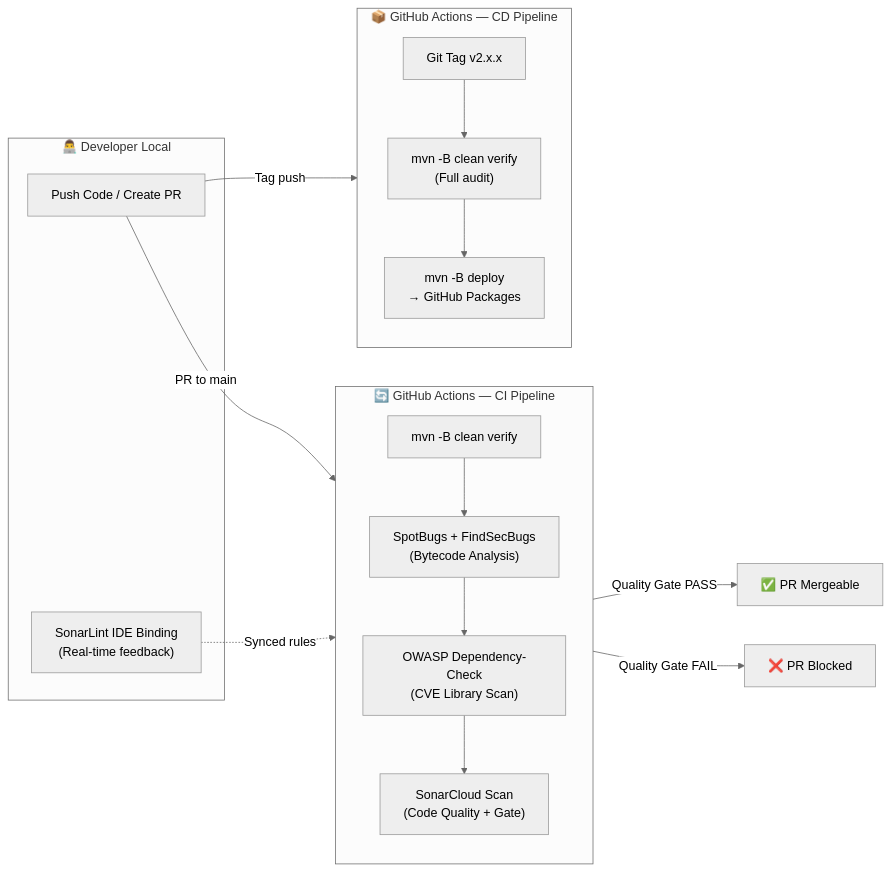
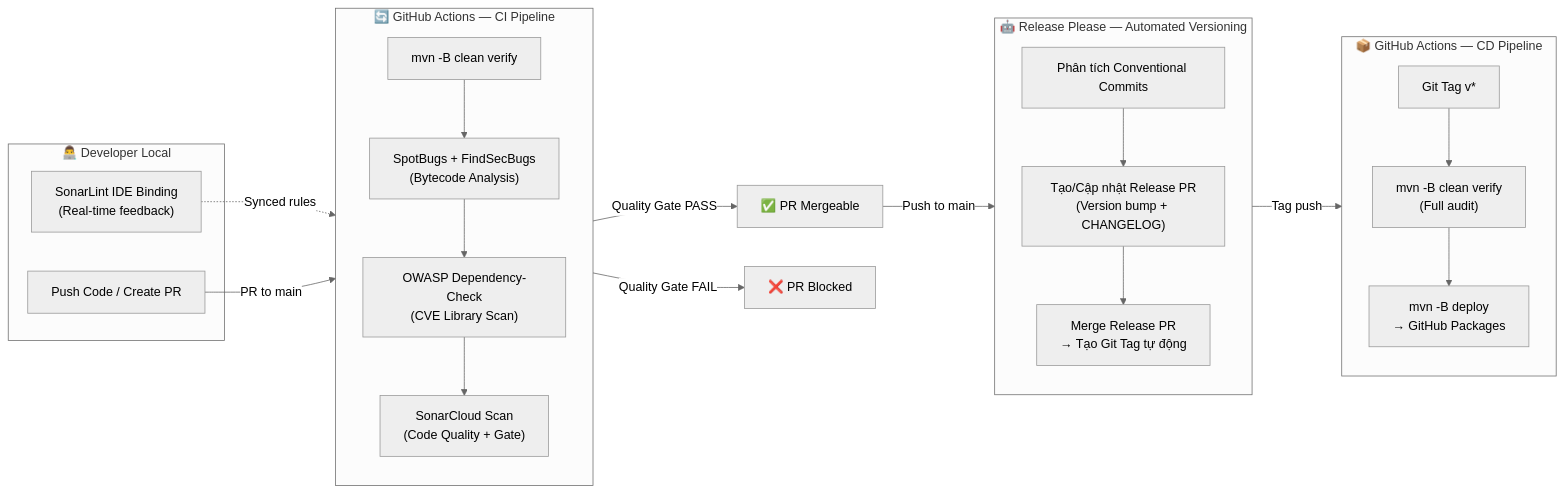
The first of 4 diagrams in document/v2-devsecops-implementation-plan.md (C0ngHung/conghung-commons), drawn with Mermaid (neutral theme) before and after one commit. The commit also changed other lines of this file and 3 other files, not shown here.

Commit message:
feat[PROJ-4]:[ci]: integrate release-please for automated versioning and changelog

````diff
--- a/document/v2-devsecops-implementation-plan.md
+++ b/document/v2-devsecops-implementation-plan.md
@@ -11,32 +11,42 @@
 ```mermaid
 flowchart LR
     subgraph Developer["👨‍💻 Developer Local"]
         Code[Push Code / Create PR]
         SonarLint["SonarLint IDE Binding\n(Real-time feedback)"]
     end
 
     subgraph CI["🔄 GitHub Actions — CI Pipeline"]
         direction TB
         Build["mvn -B clean verify"]
         SpotBugs["SpotBugs + FindSecBugs\n(Bytecode Analysis)"]
         OWASP["OWASP Dependency-Check\n(CVE Library Scan)"]
         Sonar["SonarCloud Scan\n(Code Quality + Gate)"]
 
         Build --> SpotBugs --> OWASP --> Sonar
     end
 
+    subgraph RP["🤖 Release Please — Automated Versioning"]
+        direction TB
+        Analyze["Phân tích Conventional Commits"]
+        ReleasePR["Tạo/Cập nhật Release PR\n(Version bump + CHANGELOG)"]
+        CreateTag["Merge Release PR\n→ Tạo Git Tag tự động"]
+
+        Analyze --> ReleasePR --> CreateTag
+    end
+
     subgraph CD["📦 GitHub Actions — CD Pipeline"]
         direction TB
-        Tag["Git Tag v2.x.x"]
+        Tag["Git Tag v*"]
         Verify["mvn -B clean verify\n(Full audit)"]
         Publish["mvn -B deploy\n→ GitHub Packages"]
 
         Tag --> Verify --> Publish
     end
 
     Code -->|PR to main| CI
-    Code -->|Tag push| CD
-    SonarLint -.->|Synced rules| Sonar
     CI -->|Quality Gate PASS| Merge["✅ PR Mergeable"]
     CI -->|Quality Gate FAIL| Block["❌ PR Blocked"]
+    Merge -->|Push to main| RP
+    CreateTag -->|Tag push| CD
+    SonarLint -.->|Synced rules| Sonar
 ```
````
